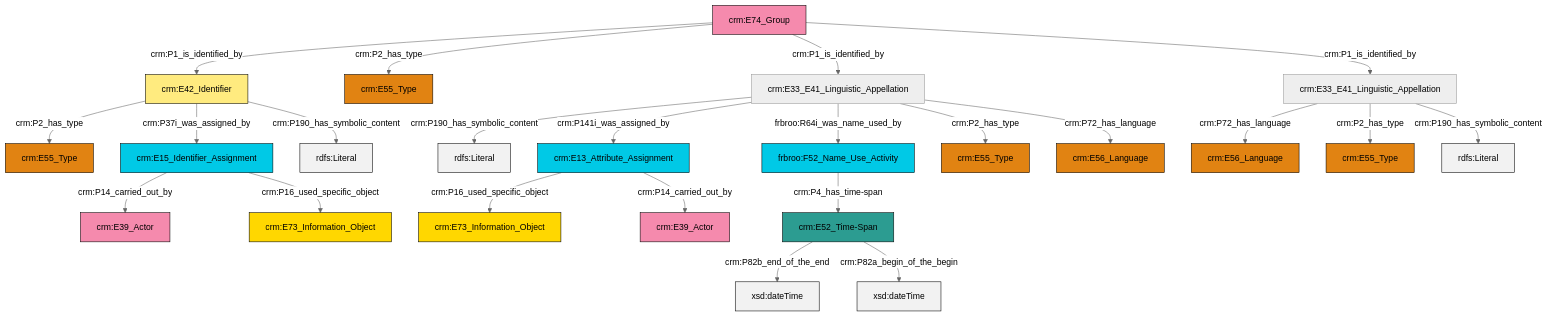
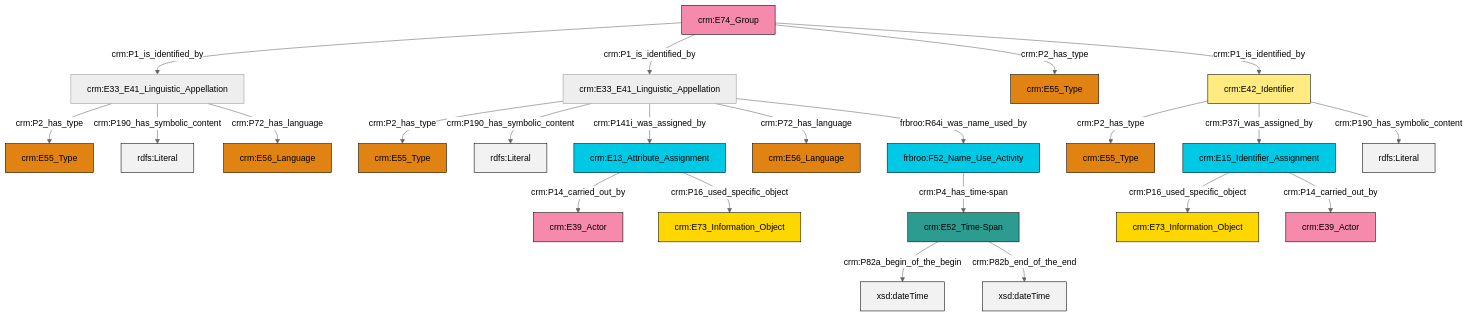
Before and after one commit to swiss-art-research-net/reference-data-models: the diagram in et/groupCSV/ttl/mmd/group_name.ttl.mmd, drawn with Mermaid (neutral theme). The commit also changed 127 other files, not shown here.

```diff
--- a/et/groupCSV/ttl/mmd/group_name.ttl.mmd
+++ b/et/groupCSV/ttl/mmd/group_name.ttl.mmd
@@ -1,37 +1,37 @@
 graph TD
 classDef Literal fill:#f2f2f2,stroke:#000000;
 classDef CRM_Entity fill:#FFFFFF,stroke:#000000;
 classDef Temporal_Entity fill:#00C9E6, stroke:#000000;
 classDef Type fill:#E18312, stroke:#000000;
 classDef Time-Span fill:#2C9C91, stroke:#000000;
 classDef Appellation fill:#FFEB7F, stroke:#000000;
 classDef Place fill:#008836, stroke:#000000;
 classDef Persistent_Item fill:#B266B2, stroke:#000000;
 classDef Conceptual_Object fill:#FFD700, stroke:#000000;
 classDef Physical_Thing fill:#D2B48C, stroke:#000000;
 classDef Actor fill:#f58aad, stroke:#000000;
 classDef PC_Classes fill:#4ce600, stroke:#000000;
 classDef Multi fill:#cccccc,stroke:#000000;
 
-0["crm:E74_Group"]:::Actor -->|crm:P1_is_identified_by| 1["crm:E42_Identifier"]:::Appellation
-1["crm:E42_Identifier"]:::Appellation -->|crm:P2_has_type| 4["crm:E55_Type"]:::Type
-2["crm:E33_E41_Linguistic_Appellation"]:::Default -->|crm:P72_has_language| 5["crm:E56_Language"]:::Type
-6["crm:E33_E41_Linguistic_Appellation"]:::Default -->|crm:P190_has_symbolic_content| 7[rdfs:Literal]:::Literal
-6["crm:E33_E41_Linguistic_Appellation"]:::Default -->|crm:P141i_was_assigned_by| 8["crm:E13_Attribute_Assignment"]:::Temporal_Entity
-1["crm:E42_Identifier"]:::Appellation -->|crm:P37i_was_assigned_by| 15["crm:E15_Identifier_Assignment"]:::Temporal_Entity
-0["crm:E74_Group"]:::Actor -->|crm:P2_has_type| 16["crm:E55_Type"]:::Type
-6["crm:E33_E41_Linguistic_Appellation"]:::Default -->|frbroo:R64i_was_name_used_by| 18["frbroo:F52_Name_Use_Activity"]:::Temporal_Entity
-6["crm:E33_E41_Linguistic_Appellation"]:::Default -->|crm:P2_has_type| 13["crm:E55_Type"]:::Type
-1["crm:E42_Identifier"]:::Appellation -->|crm:P190_has_symbolic_content| 19[rdfs:Literal]:::Literal
-8["crm:E13_Attribute_Assignment"]:::Temporal_Entity -->|crm:P16_used_specific_object| 29["crm:E73_Information_Object"]:::Conceptual_Object
-18["frbroo:F52_Name_Use_Activity"]:::Temporal_Entity -->|crm:P4_has_time-span| 20["crm:E52_Time-Span"]:::Time-Span
-0["crm:E74_Group"]:::Actor -->|crm:P1_is_identified_by| 6["crm:E33_E41_Linguistic_Appellation"]:::Default
-2["crm:E33_E41_Linguistic_Appellation"]:::Default -->|crm:P2_has_type| 22["crm:E55_Type"]:::Type
-15["crm:E15_Identifier_Assignment"]:::Temporal_Entity -->|crm:P14_carried_out_by| 24["crm:E39_Actor"]:::Actor
-0["crm:E74_Group"]:::Actor -->|crm:P1_is_identified_by| 2["crm:E33_E41_Linguistic_Appellation"]:::Default
-15["crm:E15_Identifier_Assignment"]:::Temporal_Entity -->|crm:P16_used_specific_object| 27["crm:E73_Information_Object"]:::Conceptual_Object
-2["crm:E33_E41_Linguistic_Appellation"]:::Default -->|crm:P190_has_symbolic_content| 35[rdfs:Literal]:::Literal
-6["crm:E33_E41_Linguistic_Appellation"]:::Default -->|crm:P72_has_language| 11["crm:E56_Language"]:::Type
-8["crm:E13_Attribute_Assignment"]:::Temporal_Entity -->|crm:P14_carried_out_by| 36["crm:E39_Actor"]:::Actor
-20["crm:E52_Time-Span"]:::Time-Span -->|crm:P82b_end_of_the_end| 37[xsd:dateTime]:::Literal
-20["crm:E52_Time-Span"]:::Time-Span -->|crm:P82a_begin_of_the_begin| 40[xsd:dateTime]:::Literal
+0["crm:E15_Identifier_Assignment"]:::Temporal_Entity -->|crm:P16_used_specific_object| 1["crm:E73_Information_Object"]:::Conceptual_Object
+2["crm:E42_Identifier"]:::Appellation -->|crm:P2_has_type| 3["crm:E55_Type"]:::Type
+2["crm:E42_Identifier"]:::Appellation -->|crm:P37i_was_assigned_by| 0["crm:E15_Identifier_Assignment"]:::Temporal_Entity
+11["crm:E13_Attribute_Assignment"]:::Temporal_Entity -->|crm:P14_carried_out_by| 12["crm:E39_Actor"]:::Actor
+13["crm:E52_Time-Span"]:::Time-Span -->|crm:P82a_begin_of_the_begin| 14[xsd:dateTime]:::Literal
+0["crm:E15_Identifier_Assignment"]:::Temporal_Entity -->|crm:P14_carried_out_by| 15["crm:E39_Actor"]:::Actor
+6["crm:E33_E41_Linguistic_Appellation"]:::Default -->|crm:P2_has_type| 16["crm:E55_Type"]:::Type
+20["crm:E33_E41_Linguistic_Appellation"]:::Default -->|crm:P2_has_type| 21["crm:E55_Type"]:::Type
+26["crm:E74_Group"]:::Actor -->|crm:P1_is_identified_by| 6["crm:E33_E41_Linguistic_Appellation"]:::Default
+13["crm:E52_Time-Span"]:::Time-Span -->|crm:P82b_end_of_the_end| 27[xsd:dateTime]:::Literal
+2["crm:E42_Identifier"]:::Appellation -->|crm:P190_has_symbolic_content| 29[rdfs:Literal]:::Literal
+20["crm:E33_E41_Linguistic_Appellation"]:::Default -->|crm:P190_has_symbolic_content| 31[rdfs:Literal]:::Literal
+20["crm:E33_E41_Linguistic_Appellation"]:::Default -->|crm:P141i_was_assigned_by| 11["crm:E13_Attribute_Assignment"]:::Temporal_Entity
+11["crm:E13_Attribute_Assignment"]:::Temporal_Entity -->|crm:P16_used_specific_object| 4["crm:E73_Information_Object"]:::Conceptual_Object
+6["crm:E33_E41_Linguistic_Appellation"]:::Default -->|crm:P190_has_symbolic_content| 33[rdfs:Literal]:::Literal
+26["crm:E74_Group"]:::Actor -->|crm:P1_is_identified_by| 20["crm:E33_E41_Linguistic_Appellation"]:::Default
+20["crm:E33_E41_Linguistic_Appellation"]:::Default -->|crm:P72_has_language| 9["crm:E56_Language"]:::Type
+26["crm:E74_Group"]:::Actor -->|crm:P2_has_type| 36["crm:E55_Type"]:::Type
+26["crm:E74_Group"]:::Actor -->|crm:P1_is_identified_by| 2["crm:E42_Identifier"]:::Appellation
+23["frbroo:F52_Name_Use_Activity"]:::Temporal_Entity -->|crm:P4_has_time-span| 13["crm:E52_Time-Span"]:::Time-Span
+20["crm:E33_E41_Linguistic_Appellation"]:::Default -->|frbroo:R64i_was_name_used_by| 23["frbroo:F52_Name_Use_Activity"]:::Temporal_Entity
+6["crm:E33_E41_Linguistic_Appellation"]:::Default -->|crm:P72_has_language| 38["crm:E56_Language"]:::Type
```
